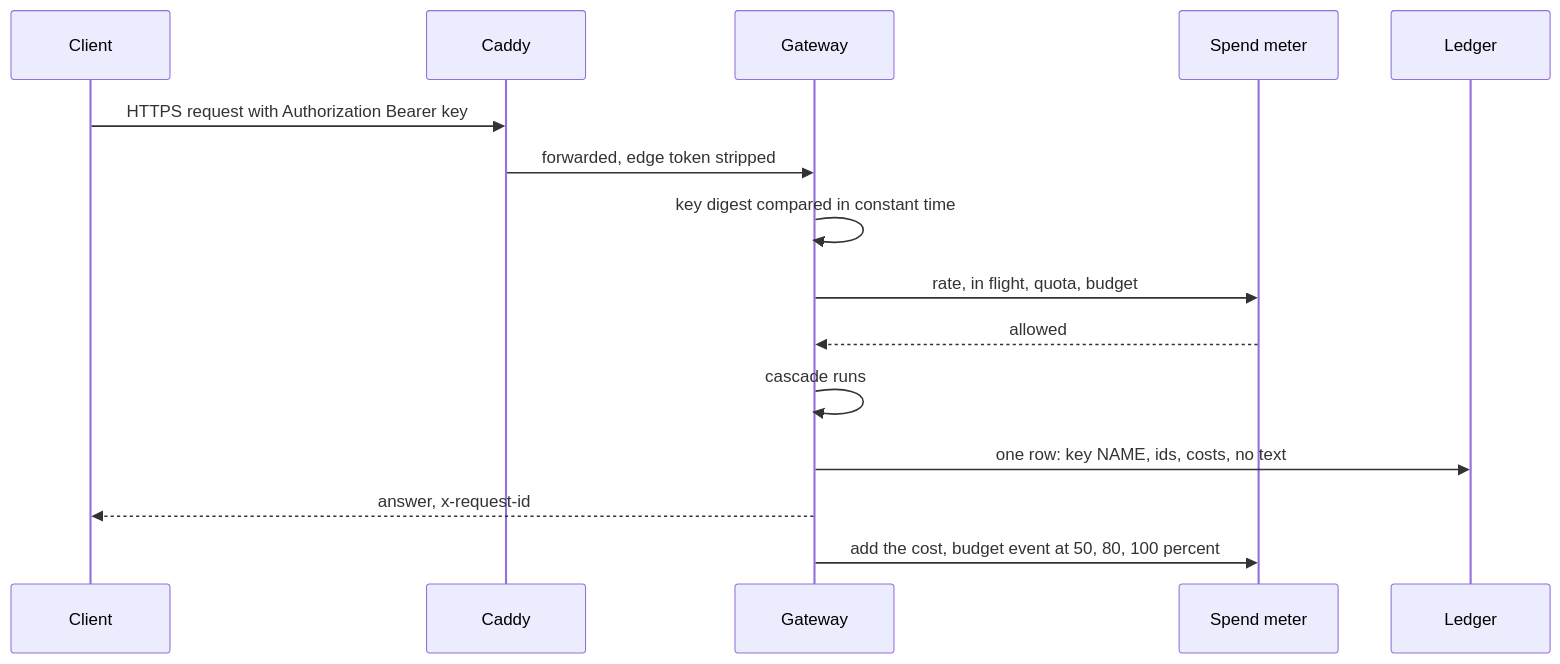
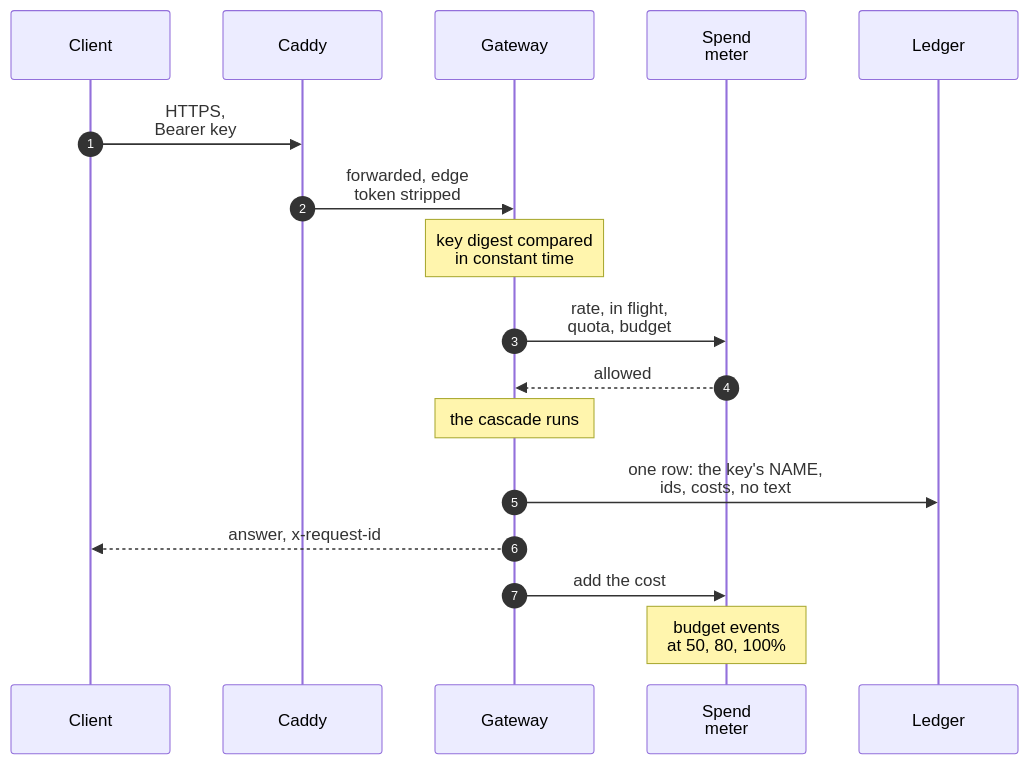
Before and after one commit to harshbhx/ratchet: the third of 4 diagrams in docs-site/src/content/docs/guides/security.mdx, drawn with Mermaid. The commit also changed other lines of this file and 25 other files, not shown here.

````diff
--- a/docs-site/src/content/docs/guides/security.mdx
+++ b/docs-site/src/content/docs/guides/security.mdx
@@ -84,17 +123,19 @@
 ```mermaid
 sequenceDiagram
-    participant C as Client
-    participant E as Caddy
-    participant G as Gateway
-    participant M as Spend meter
-    participant L as Ledger
-    C->>E: HTTPS request with Authorization Bearer key
-    E->>G: forwarded, edge token stripped
-    G->>G: key digest compared in constant time
-    G->>M: rate, in flight, quota, budget
-    M-->>G: allowed
-    G->>G: cascade runs
-    G->>L: one row: key NAME, ids, costs, no text
-    G-->>C: answer, x-request-id
-    G->>M: add the cost, budget event at 50, 80, 100 percent
+  autonumber
+  participant C as Client
+  participant E as Caddy
+  participant G as Gateway
+  participant M as Spend<br/>meter
+  participant Ledger as Ledger
+  C->>E: HTTPS,<br/>Bearer key
+  E->>G: forwarded, edge<br/>token stripped
+  Note over G: key digest compared<br/>in constant time
+  G->>M: rate, in flight,<br/>quota, budget
+  M-->>G: allowed
+  Note over G: the cascade runs
+  G->>Ledger: one row: the key's NAME,<br/>ids, costs, no text
+  G-->>C: answer, x-request-id
+  G->>M: add the cost
+  Note over M: budget events<br/>at 50, 80, 100%
 ```
````
